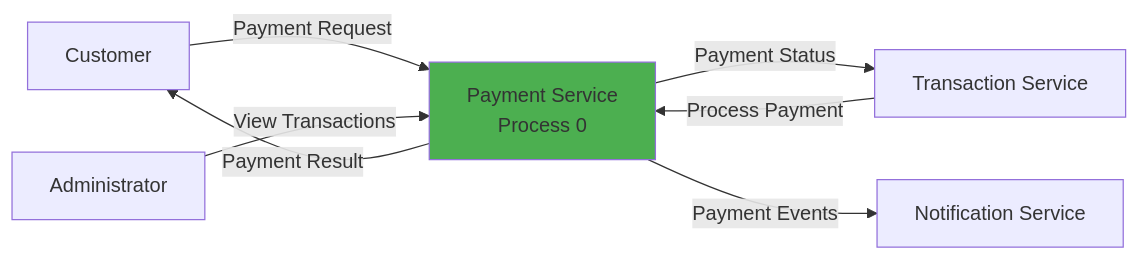
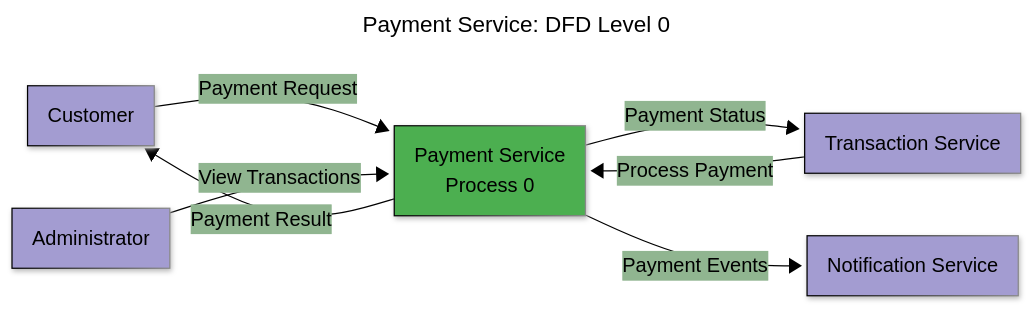
The third of 10 diagrams in Documentation/diagrams/payment-service.md (BrunoGil-AS/Vending-Machine-Microservices), drawn with Mermaid before and after one commit. The commit also changed other lines of this file and 7 other files, not shown here.

Commit message:
docs: Update service diagrams with new configurations and titles

````diff
--- a/Documentation/diagrams/payment-service.md
+++ b/Documentation/diagrams/payment-service.md
@@ -138,19 +166,33 @@
 ```mermaid
+---
+config:
+  theme: base
+  themeVariables:
+    primaryColor: '#a39cd1ff'
+    primaryTextColor: '#000000'
+    secondaryTextColor: '#ffffffff'
+    primaryBorderColor: '#000000'
+    lineColor: '#000000ff'
+    secondaryColor: '#90b590ff'
+    tertiaryColor: '#f9f6a1ff'
+  look: neo
+title: 'Payment Service: DFD Level 0'
+---
 graph LR
     CUSTOMER[Customer]
     ADMIN[Administrator]
     TRANSACTION_SVC[Transaction Service]
     NOTIFICATION_SVC[Notification Service]
 
     PAYMENT[Payment Service<br/>Process 0]
 
     CUSTOMER -->|Payment Request| PAYMENT
     ADMIN -->|View Transactions| PAYMENT
     TRANSACTION_SVC -->|Process Payment| PAYMENT
 
     PAYMENT -->|Payment Result| CUSTOMER
     PAYMENT -->|Payment Status| TRANSACTION_SVC
     PAYMENT -->|Payment Events| NOTIFICATION_SVC
 
     style PAYMENT fill:#4caf50
 ```
````
